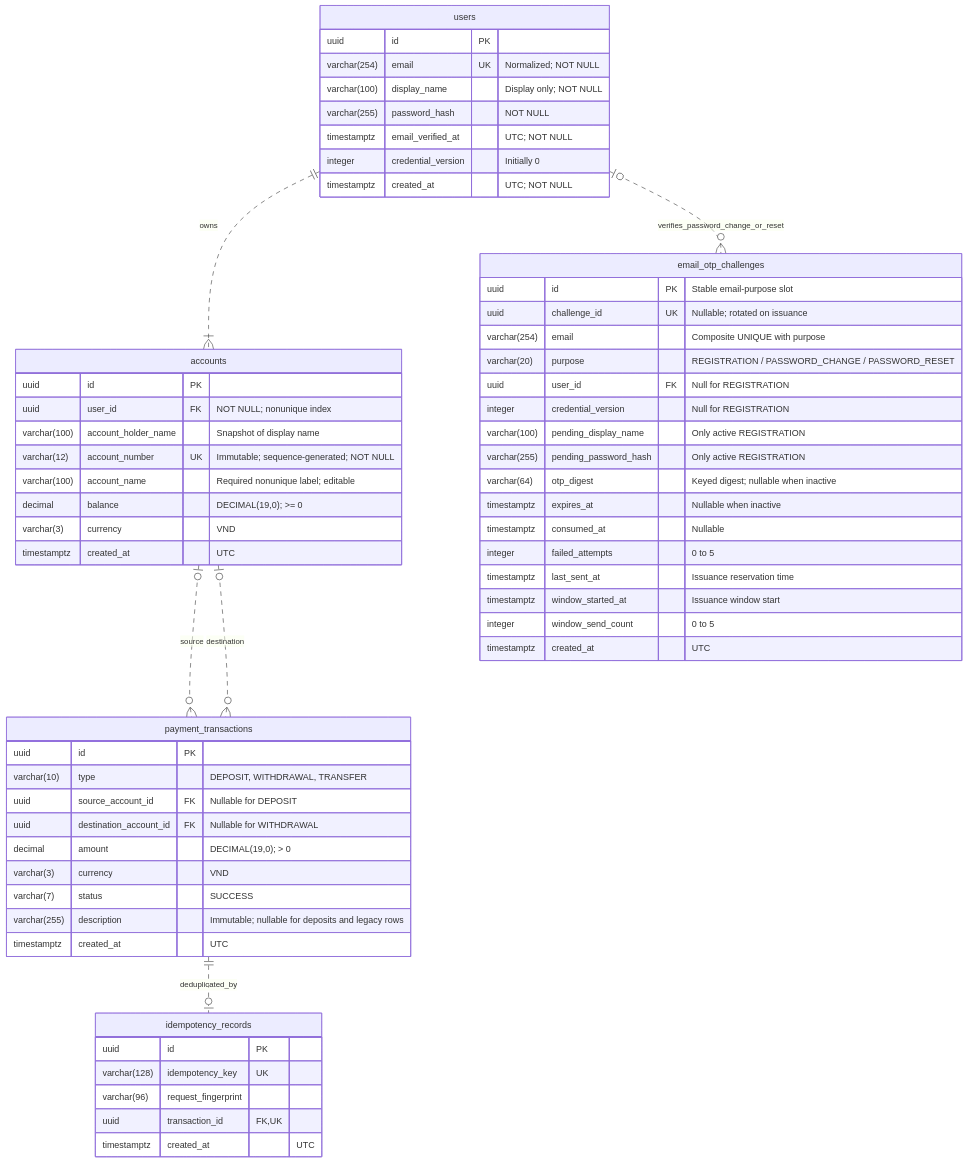
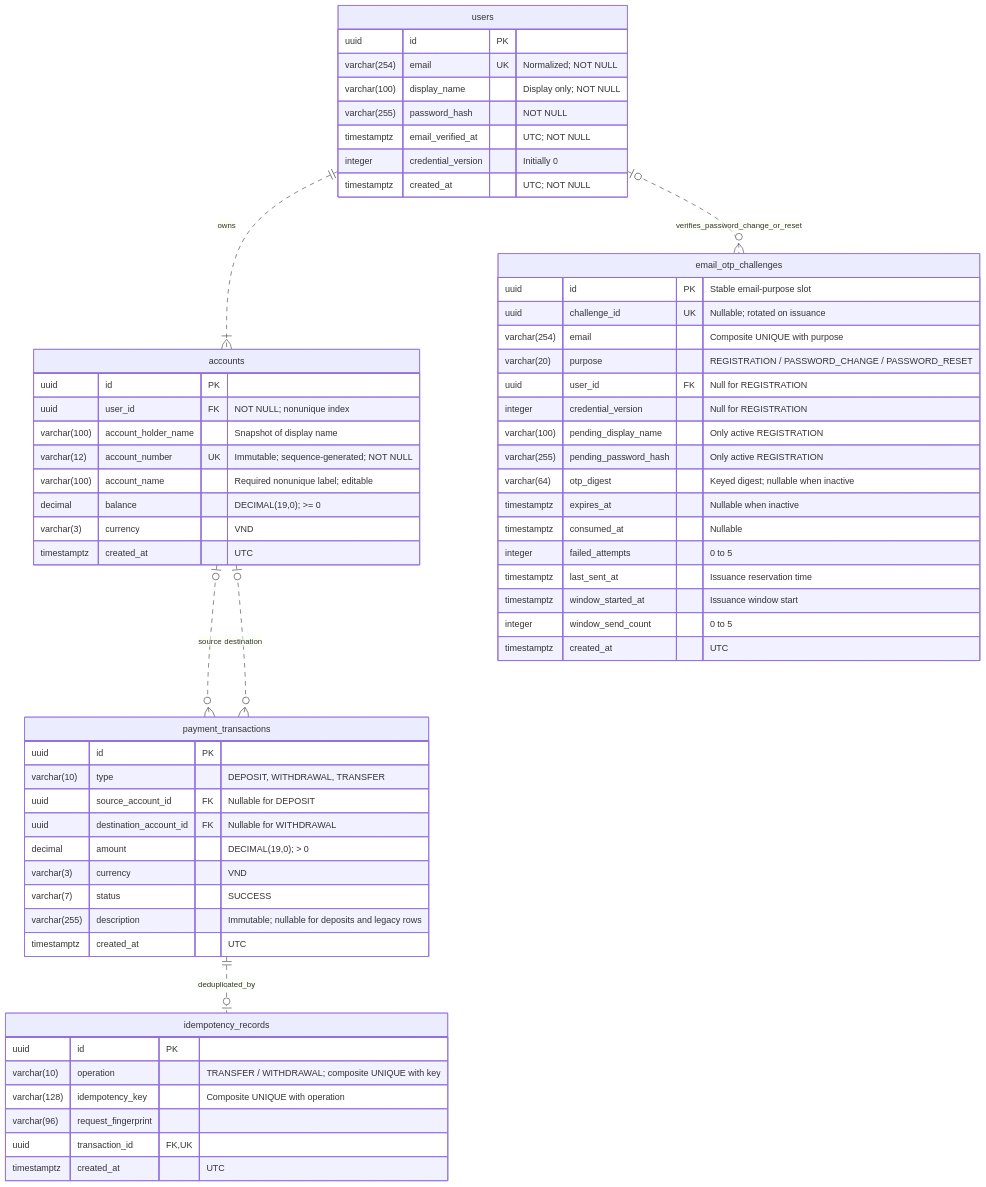
One commit to minh14122004/java-payment-processing-system changed the diagram in docs/database-erd.md. Above: the diagram before and after it, drawn with Mermaid. The commit also changed other lines of this file and 21 other files, not shown here.

````diff
--- a/docs/database-erd.md
+++ b/docs/database-erd.md
@@ -5,68 +5,69 @@
 ```mermaid
 erDiagram
     users ||..|{ accounts : owns
     accounts o|..o{ payment_transactions : source
     accounts o|..o{ payment_transactions : destination
     payment_transactions ||..o| idempotency_records : deduplicated_by
     users o|..o{ email_otp_challenges : verifies_password_change_or_reset
 
     users {
         uuid id PK
         varchar(254) email UK "Normalized; NOT NULL"
         varchar(100) display_name "Display only; NOT NULL"
         varchar(255) password_hash "NOT NULL"
         timestamptz email_verified_at "UTC; NOT NULL"
         integer credential_version "Initially 0"
         timestamptz created_at "UTC; NOT NULL"
     }
 
     accounts {
         uuid id PK
         uuid user_id FK "NOT NULL; nonunique index"
         varchar(100) account_holder_name "Snapshot of display name"
         varchar(12) account_number UK "Immutable; sequence-generated; NOT NULL"
         varchar(100) account_name "Required nonunique label; editable"
         decimal balance "DECIMAL(19,0); >= 0"
         varchar(3) currency "VND"
         timestamptz created_at "UTC"
     }
 
     payment_transactions {
         uuid id PK
         varchar(10) type "DEPOSIT, WITHDRAWAL, TRANSFER"
         uuid source_account_id FK "Nullable for DEPOSIT"
         uuid destination_account_id FK "Nullable for WITHDRAWAL"
         decimal amount "DECIMAL(19,0); > 0"
         varchar(3) currency "VND"
         varchar(7) status "SUCCESS"
         varchar(255) description "Immutable; nullable for deposits and legacy rows"
         timestamptz created_at "UTC"
     }
 
     idempotency_records {
         uuid id PK
-        varchar(128) idempotency_key UK
+        varchar(10) operation "TRANSFER / WITHDRAWAL; composite UNIQUE with key"
+        varchar(128) idempotency_key "Composite UNIQUE with operation"
         varchar(96) request_fingerprint
         uuid transaction_id FK, UK
         timestamptz created_at "UTC"
     }
 
     email_otp_challenges {
         uuid id PK "Stable email-purpose slot"
         uuid challenge_id UK "Nullable; rotated on issuance"
         varchar(254) email "Composite UNIQUE with purpose"
         varchar(20) purpose "REGISTRATION / PASSWORD_CHANGE / PASSWORD_RESET"
         uuid user_id FK "Null for REGISTRATION"
         integer credential_version "Null for REGISTRATION"
         varchar(100) pending_display_name "Only active REGISTRATION"
         varchar(255) pending_password_hash "Only active REGISTRATION"
         varchar(64) otp_digest "Keyed digest; nullable when inactive"
         timestamptz expires_at "Nullable when inactive"
         timestamptz consumed_at "Nullable"
         integer failed_attempts "0 to 5"
         timestamptz last_sent_at "Issuance reservation time"
         timestamptz window_started_at "Issuance window start"
         integer window_send_count "0 to 5"
         timestamptz created_at "UTC"
     }
 ```
````
